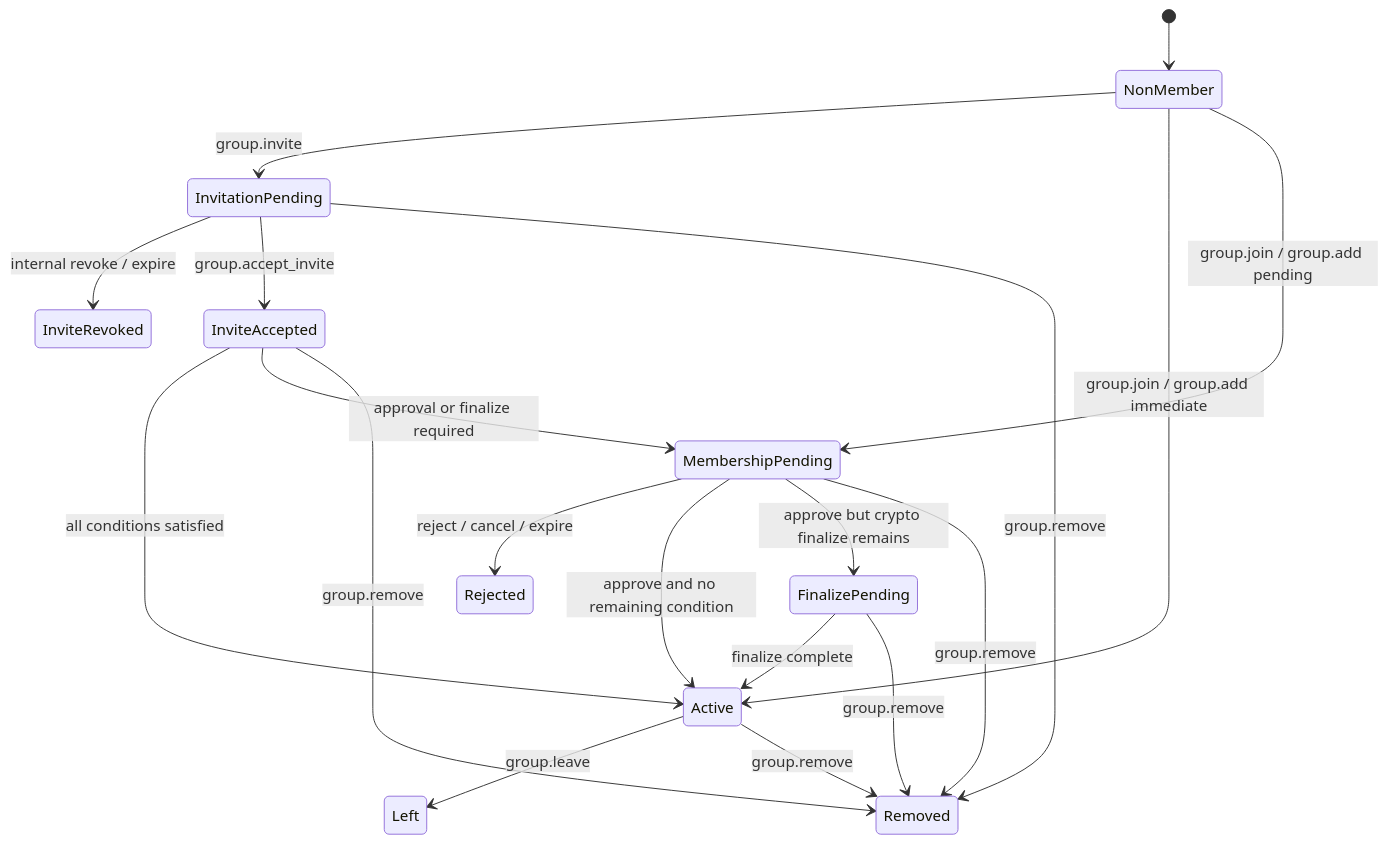
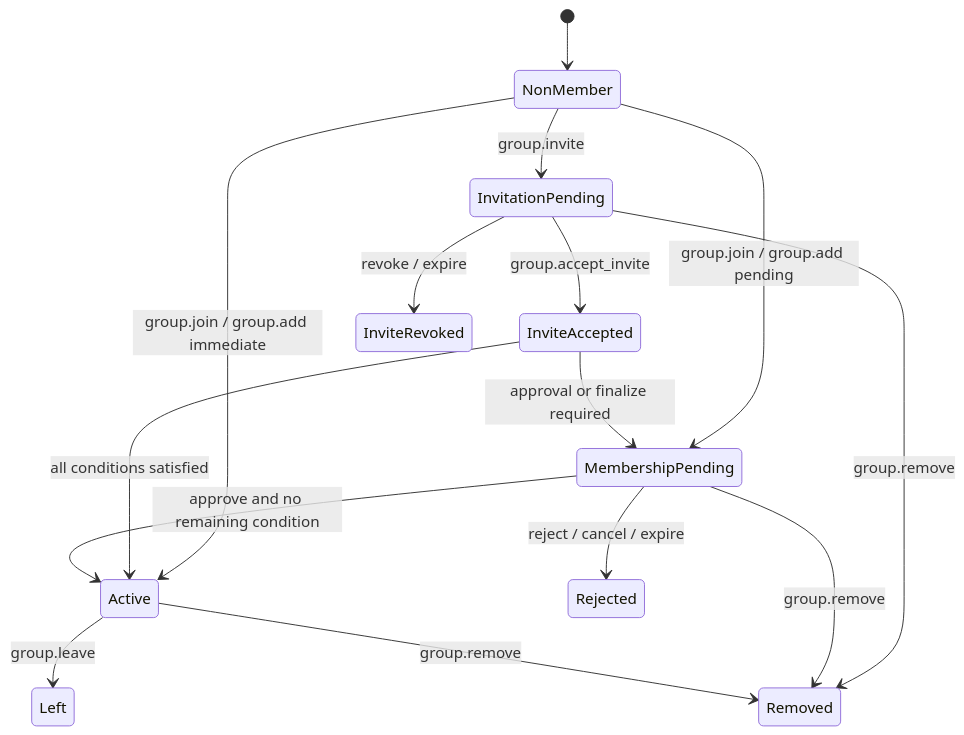
One commit to NeatNerdPrime/AgentNetworkProtocol changed the first of 7 diagrams in chinese/message/04-群组基础语义.md. Above: the diagram before and after it, drawn with Mermaid. The commit also changed other lines of this file and 3 other files, not shown here.

````diff
--- a/chinese/message/04-群组基础语义.md
+++ b/chinese/message/04-群组基础语义.md
@@ -166,27 +161,22 @@
 ```mermaid
 stateDiagram-v2
     [*] --> NonMember
 
     NonMember --> InvitationPending: group.invite
-    InvitationPending --> InviteRevoked: internal revoke / expire
     InvitationPending --> InviteAccepted: group.accept_invite
     InvitationPending --> Removed: group.remove
-
-    InviteAccepted --> Active: all conditions satisfied
-    InviteAccepted --> MembershipPending: approval or finalize required
-    InviteAccepted --> Removed: group.remove
+    InvitationPending --> InviteRevoked: revoke / expire
 
     NonMember --> Active: group.join / group.add immediate
     NonMember --> MembershipPending: group.join / group.add pending
 
+    InviteAccepted --> Active: all conditions satisfied
+    InviteAccepted --> MembershipPending: approval or finalize required
+
+    MembershipPending --> Active: approve and no remaining condition
     MembershipPending --> Rejected: reject / cancel / expire
-    MembershipPending --> Active: approve and no remaining condition
-    MembershipPending --> FinalizePending: approve but crypto finalize remains
     MembershipPending --> Removed: group.remove
-
-    FinalizePending --> Active: finalize complete
-    FinalizePending --> Removed: group.remove
 
     Active --> Left: group.leave
     Active --> Removed: group.remove
 ```
````
